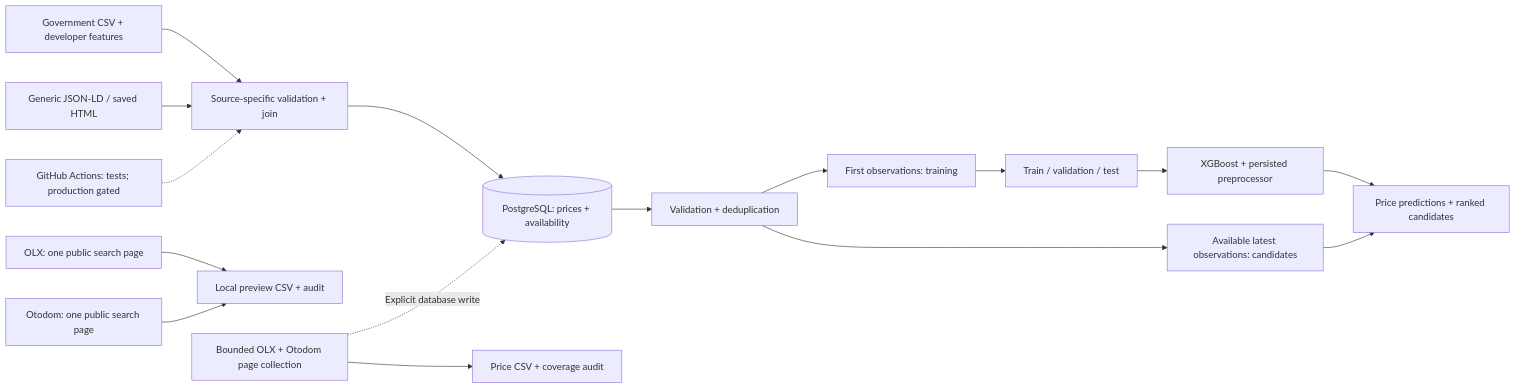
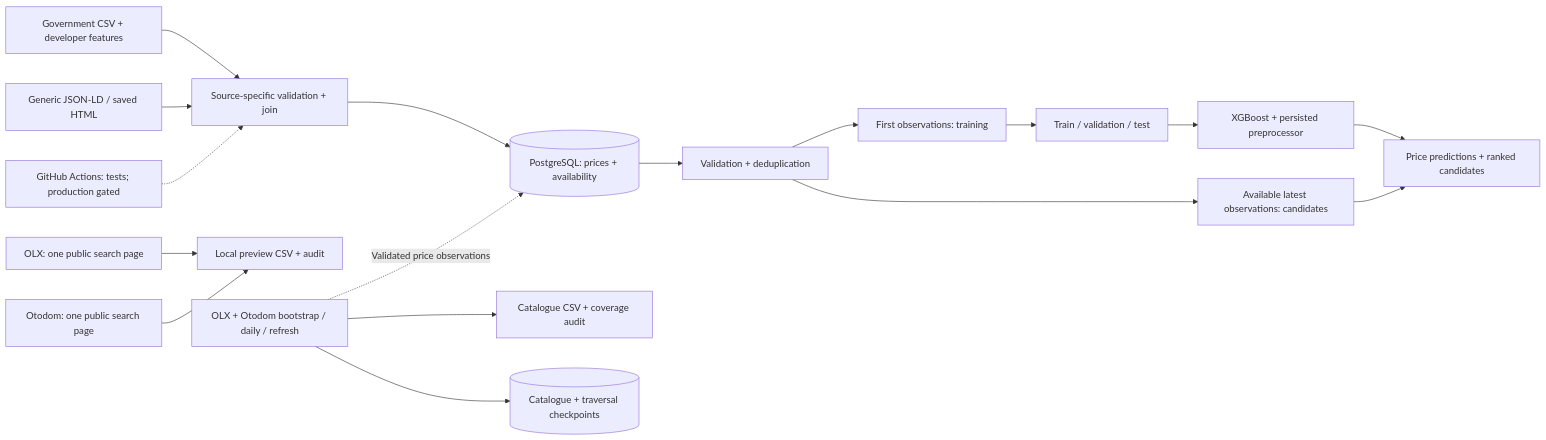
One commit to filip-skopczynski/real-estate-mlops changed the diagram in README.md. Above: the diagram before and after it, drawn with Mermaid. The commit also changed other lines of this file and 17 other files, not shown here.

Commit message:
Add resumable Warsaw catalogue bootstrap and scheduled refresh

````diff
--- a/README.md
+++ b/README.md
@@ -9,18 +9,19 @@
 ```mermaid
 flowchart LR
     A[Government CSV + developer features] --> B[Source-specific validation + join]
     K[Generic JSON-LD / saved HTML] --> B
     B --> C[(PostgreSQL: prices + availability)]
     C --> D[Validation + deduplication]
     D --> E[First observations: training]
     D --> F[Available latest observations: candidates]
     E --> G[Train / validation / test]
     G --> H[XGBoost + persisted preprocessor]
     H --> I[Price predictions + ranked candidates]
     F --> I
     J[GitHub Actions: tests; production gated] -.-> B
     L[OLX: one public search page] --> M[Local preview CSV + audit]
     N[Otodom: one public search page] --> M
-    O[Bounded OLX + Otodom page collection] --> P[Price CSV + coverage audit]
-    O -.->|Explicit database write| C
+    O[OLX + Otodom bootstrap / daily / refresh] --> P[Catalogue CSV + coverage audit]
+    O --> Q[(Catalogue + traversal checkpoints)]
+    O -.->|Validated price observations| C
 ```
````
